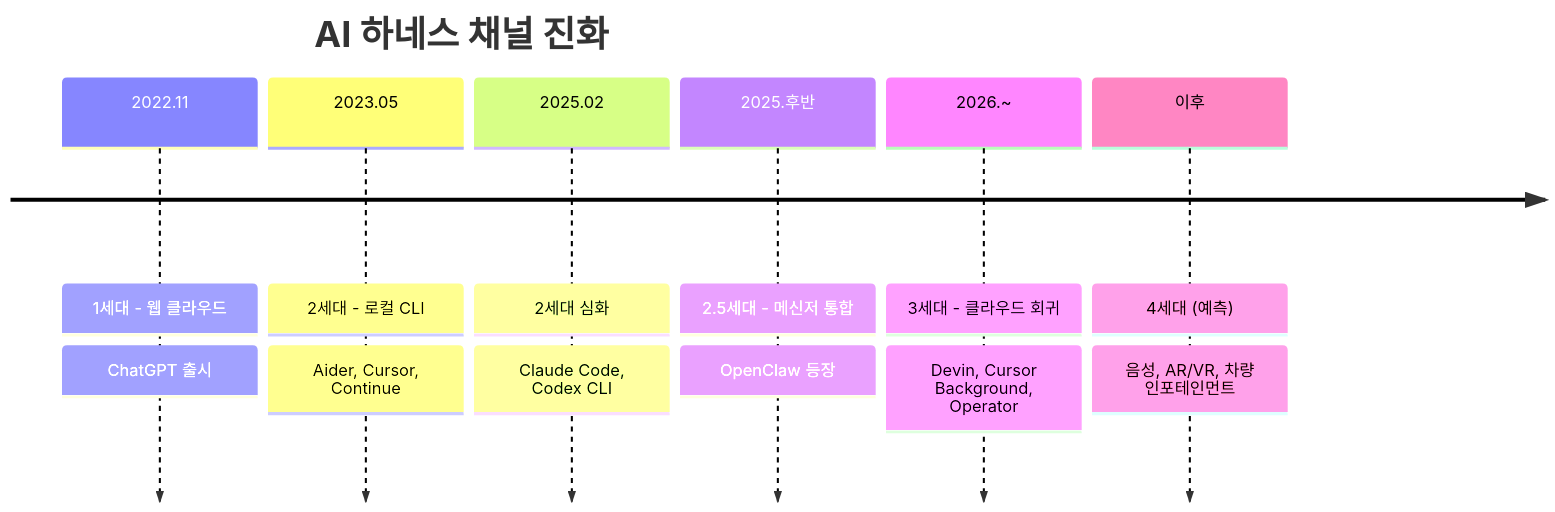
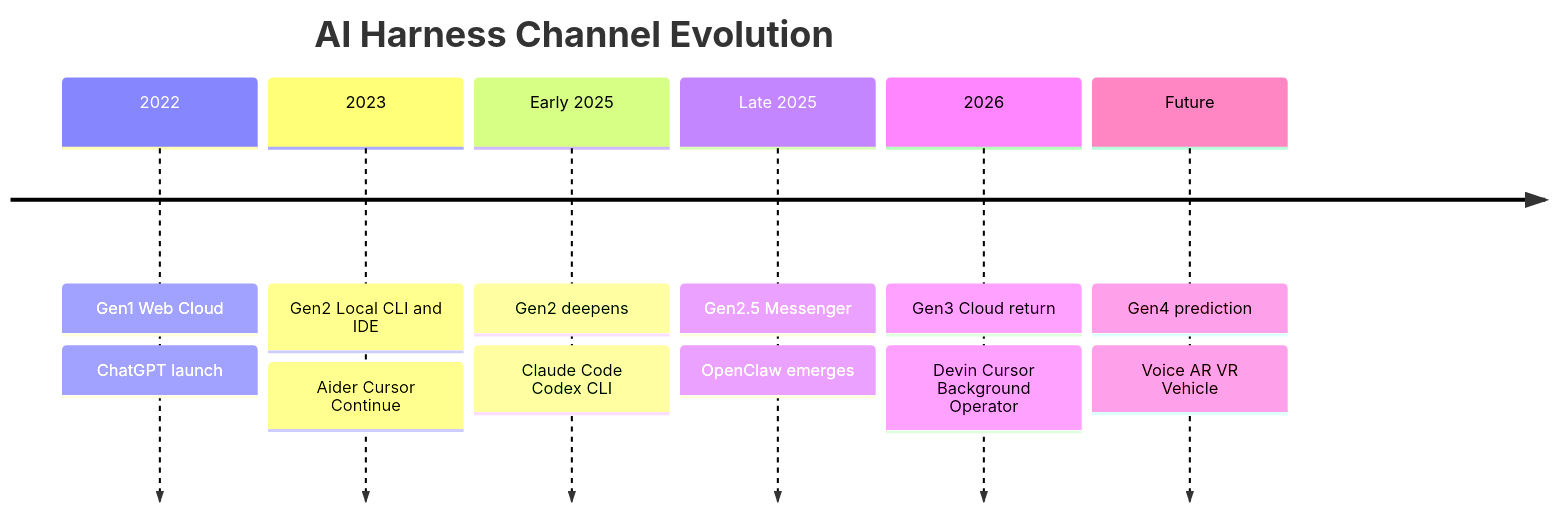
One commit to opobull/withintrend changed the first of 2 diagrams in content/posts/2026-04-30-channel-evolution-of-ai-harness.md. Above: the diagram before and after it, drawn with Mermaid. The commit also changed other lines of this file and 13 other files, not shown here.

Commit message:
Use English labels in Mermaid diagrams to avoid Korean parser issues

````diff
--- a/content/posts/2026-04-30-channel-evolution-of-ai-harness.md
+++ b/content/posts/2026-04-30-channel-evolution-of-ai-harness.md
@@ -17,16 +17,16 @@
 ```mermaid
 timeline
-    title AI 하네스 채널 진화
-    2022.11 : 1세대 - 웹 클라우드
-            : ChatGPT 출시
-    2023.05 : 2세대 - 로컬 CLI
-            : Aider, Cursor, Continue
-    2025.02 : 2세대 심화
-            : Claude Code, Codex CLI
-    2025.후반 : 2.5세대 - 메신저 통합
-             : OpenClaw 등장
-    2026.~ : 3세대 - 클라우드 회귀
-           : Devin, Cursor Background, Operator
-    이후 : 4세대 (예측)
-       : 음성, AR/VR, 차량 인포테인먼트
+    title AI Harness Channel Evolution
+    2022 : Gen1 Web Cloud
+         : ChatGPT launch
+    2023 : Gen2 Local CLI and IDE
+         : Aider Cursor Continue
+    Early 2025 : Gen2 deepens
+               : Claude Code Codex CLI
+    Late 2025 : Gen2.5 Messenger
+              : OpenClaw emerges
+    2026 : Gen3 Cloud return
+         : Devin Cursor Background Operator
+    Future : Gen4 prediction
+           : Voice AR VR Vehicle
 ```
````
